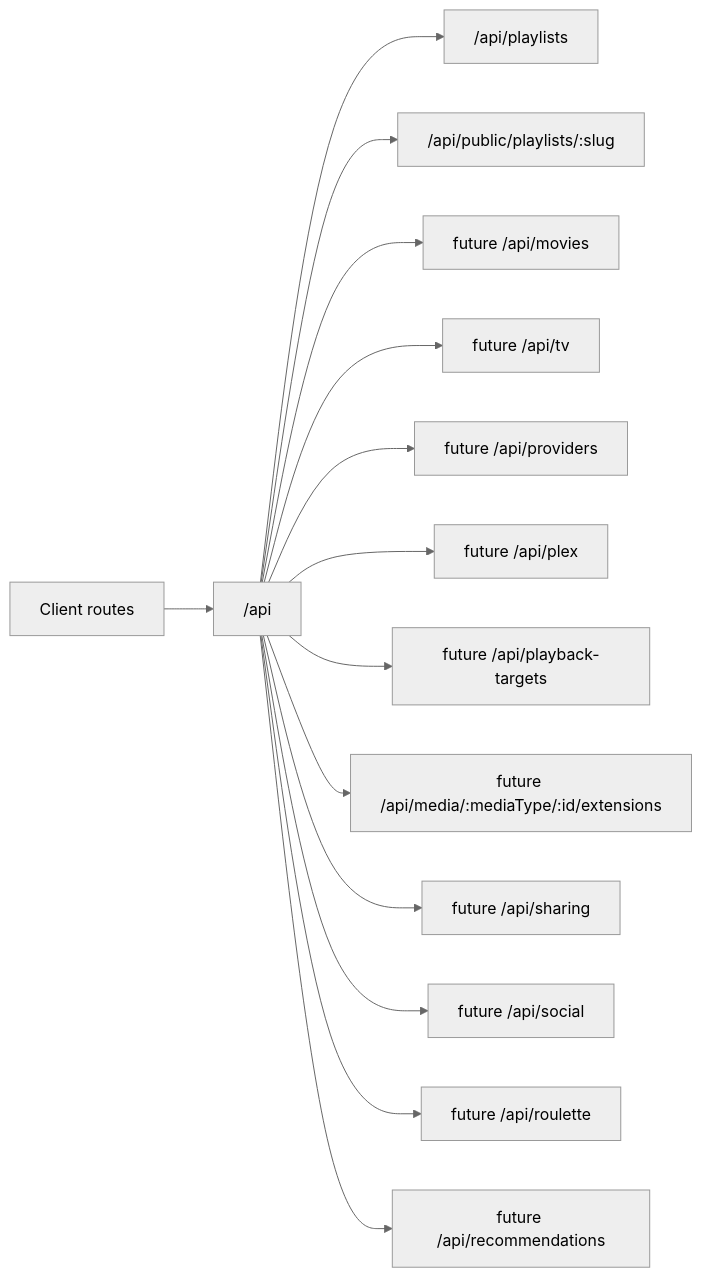
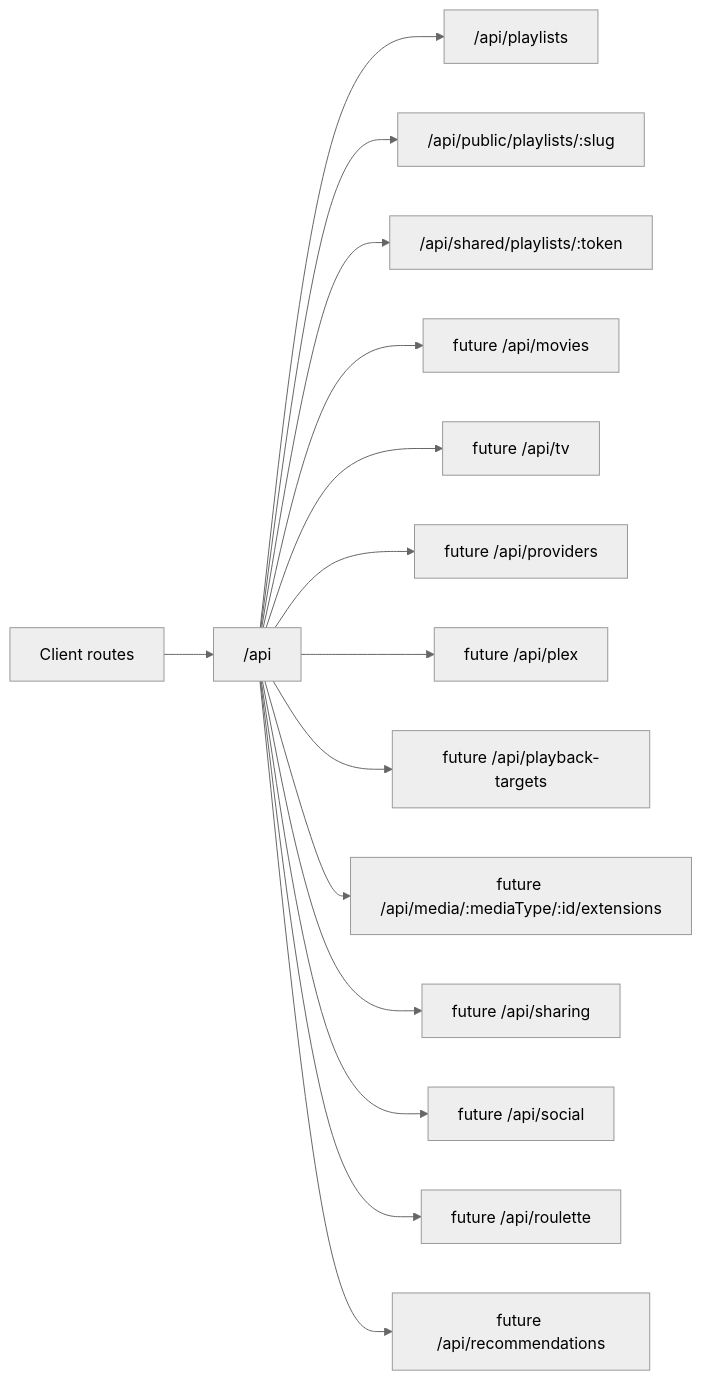
Before and after one commit to TerryFoster1/flim: the diagram in docs/api-design.md, drawn with Mermaid (neutral theme). The commit also changed other lines of this file and 18 other files, not shown here.

````diff
--- a/docs/api-design.md
+++ b/docs/api-design.md
@@ -11,16 +11,17 @@
 ```mermaid
 flowchart LR
   Client["Client routes"] --> API["/api"]
   API --> Playlists["/api/playlists"]
   API --> PublicSharing["/api/public/playlists/:slug"]
+  API --> SharedPlaylists["/api/shared/playlists/:token"]
   API --> Movies["future /api/movies"]
   API --> TV["future /api/tv"]
   API --> Providers["future /api/providers"]
   API --> Plex["future /api/plex"]
   API --> Devices["future /api/playback-targets"]
   API --> Extensions["future /api/media/:mediaType/:id/extensions"]
   API --> Sharing["future /api/sharing"]
   API --> Social["future /api/social"]
   API --> Roulette["future /api/roulette"]
   API --> Recommendations["future /api/recommendations"]
 ```
````
